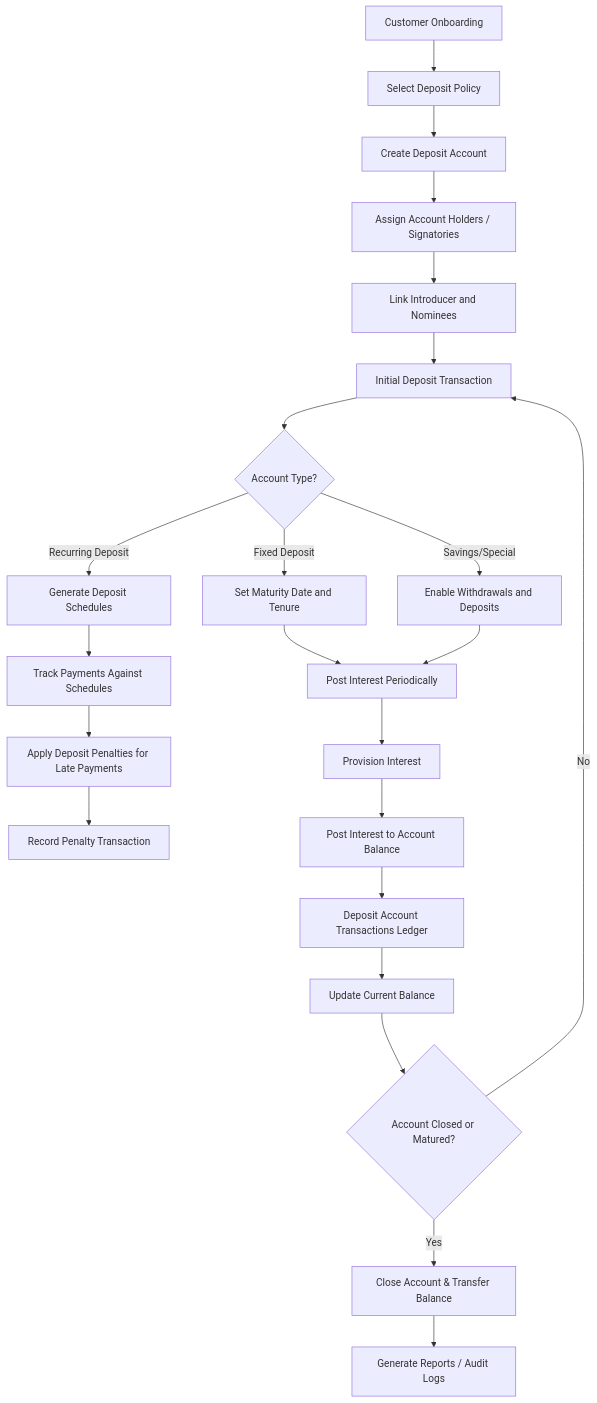
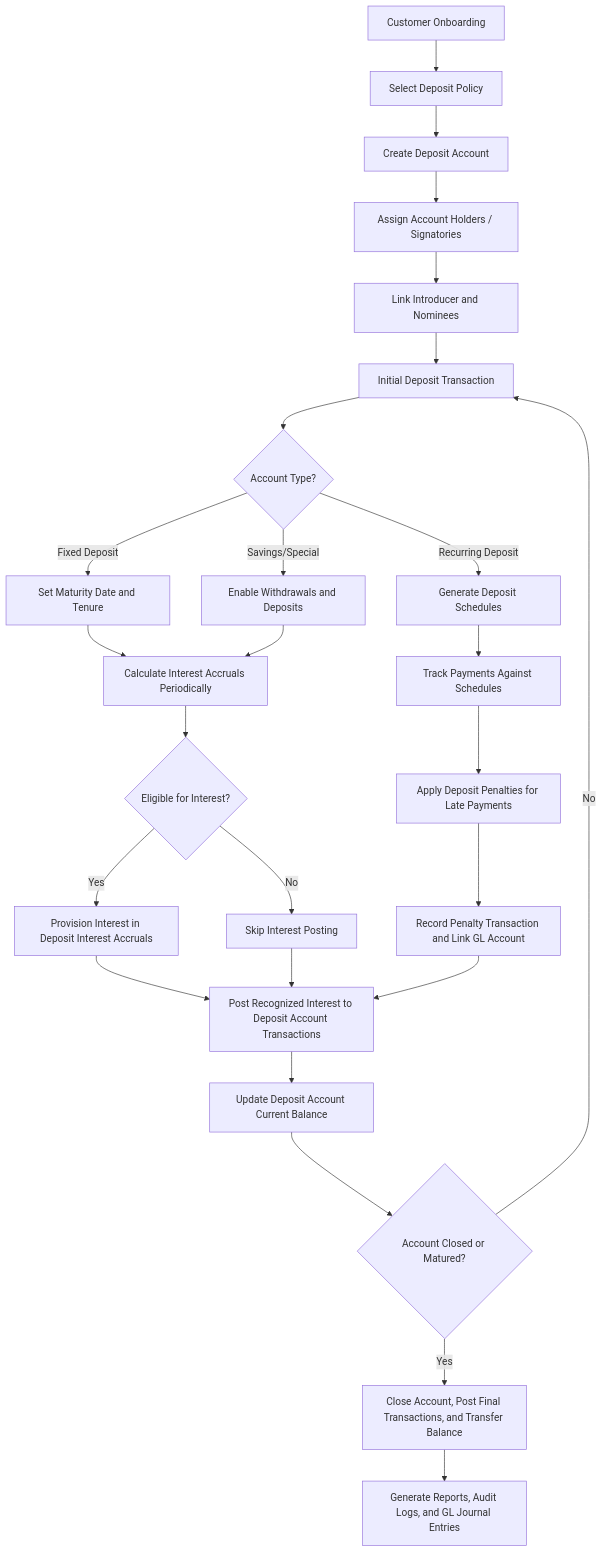
The second of 2 diagrams in _docs/schema_v1/005_deposit_management.md (Newton-Mitro/cu_core), drawn with Mermaid before and after one commit. The commit also changed other lines of this file and 7 other files, not shown here.

````diff
--- a/_docs/schema_v1/005_deposit_management.md
+++ b/_docs/schema_v1/005_deposit_management.md
@@ -150,30 +265,34 @@
 ```mermaid
 flowchart TD
     A[Customer Onboarding] --> B[Select Deposit Policy]
     B --> C[Create Deposit Account]
     C --> D[Assign Account Holders / Signatories]
     D --> E[Link Introducer and Nominees]
     E --> F[Initial Deposit Transaction]
     F --> G{Account Type?}
     G -->|Recurring Deposit| H[Generate Deposit Schedules]
     G -->|Fixed Deposit| I[Set Maturity Date and Tenure]
     G -->|Savings/Special| J[Enable Withdrawals and Deposits]
 
     H --> K[Track Payments Against Schedules]
-    I --> L[Post Interest Periodically]
+    I --> L[Calculate Interest Accruals Periodically]
     J --> L
 
     K --> M[Apply Deposit Penalties for Late Payments]
-    M --> N[Record Penalty Transaction]
+    M --> N[Record Penalty Transaction and Link GL Account]
 
-    L --> O[Provision Interest]
-    O --> P[Post Interest to Account Balance]
+    L --> O{Eligible for Interest?}
+    O -->|Yes| P[Provision Interest in Deposit Interest Accruals]
+    O -->|No| P1[Skip Interest Posting]
 
-    P --> Q[Deposit Account Transactions Ledger]
-    Q --> R[Update Current Balance]
+    P --> Q[Post Recognized Interest to Deposit Account Transactions]
+    P1 --> Q
+
+    N --> Q
+    Q --> R[Update Deposit Account Current Balance]
     R --> S{Account Closed or Matured?}
-    S -->|Yes| T[Close Account & Transfer Balance]
+    S -->|Yes| T[Close Account, Post Final Transactions, and Transfer Balance]
     S -->|No| F
 
-    T --> U[Generate Reports / Audit Logs]
+    T --> U[Generate Reports, Audit Logs, and GL Journal Entries]
 ```
````
